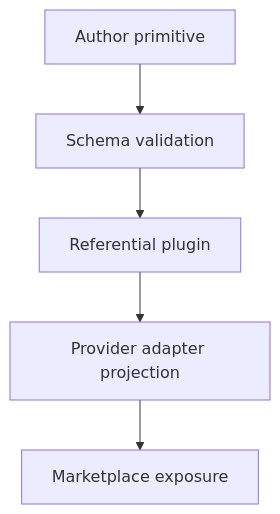
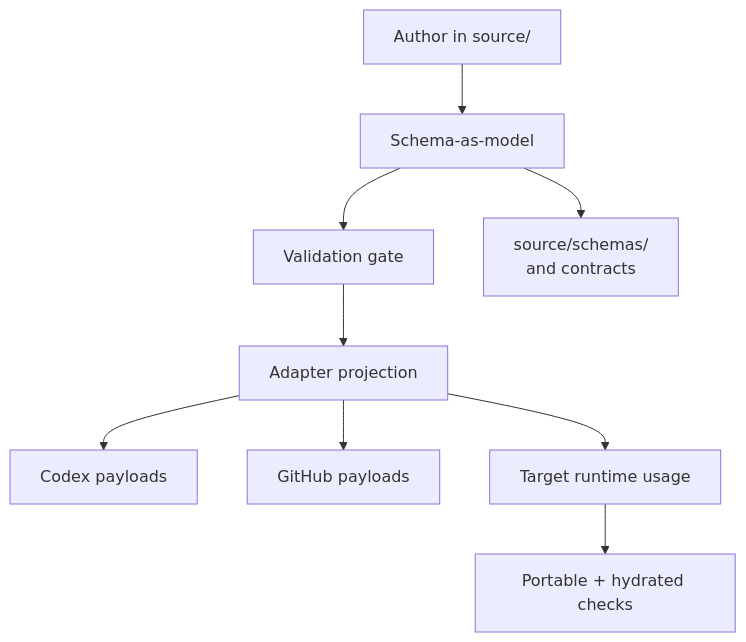
One commit to amichne/intelligence changed the diagram in docs/how-it-works/source-graph.md. Above: the diagram before and after it, drawn with Mermaid. The commit also changed other lines of this file and 163 other files, not shown here.

````diff
--- a/docs/how-it-works/source-graph.md
+++ b/docs/how-it-works/source-graph.md
@@ -26,10 +48,13 @@
 ```mermaid
 flowchart TD
-  author[Author primitive]
-  validate[Schema validation]
-  compose[Referential plugin]
-  adapt[Provider adapter projection]
-  publish[Marketplace exposure]
+  Author[Author in source/] --> Schema[Schema-as-model]
+  Schema --> Validate[Validation gate]
+  Validate --> Build[Adapter projection]
+  Build --> Codex[Codex payloads]
+  Build --> Github[GitHub payloads]
+  Build --> Runtime[Target runtime usage]
+  Runtime --> Verify[Portable + hydrated checks]
 
-  author --> validate --> compose --> adapt --> publish
+  Schema --> SchemaFile[source/schemas/
+and contracts]
 ```
````
